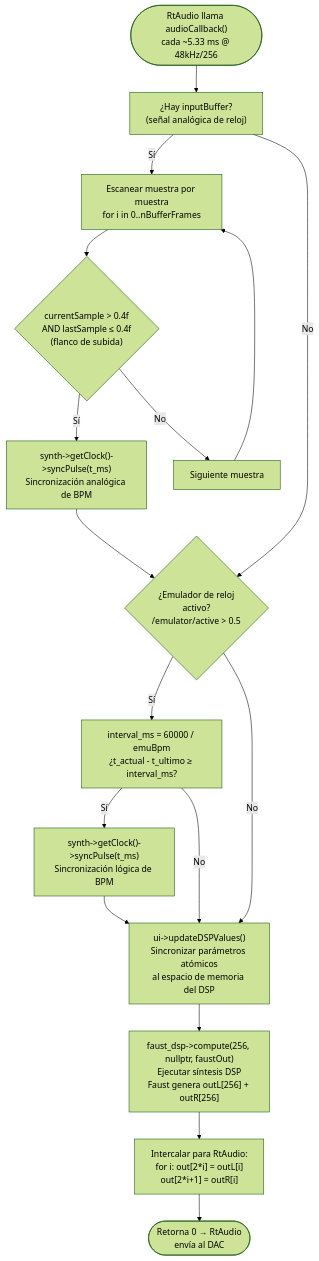
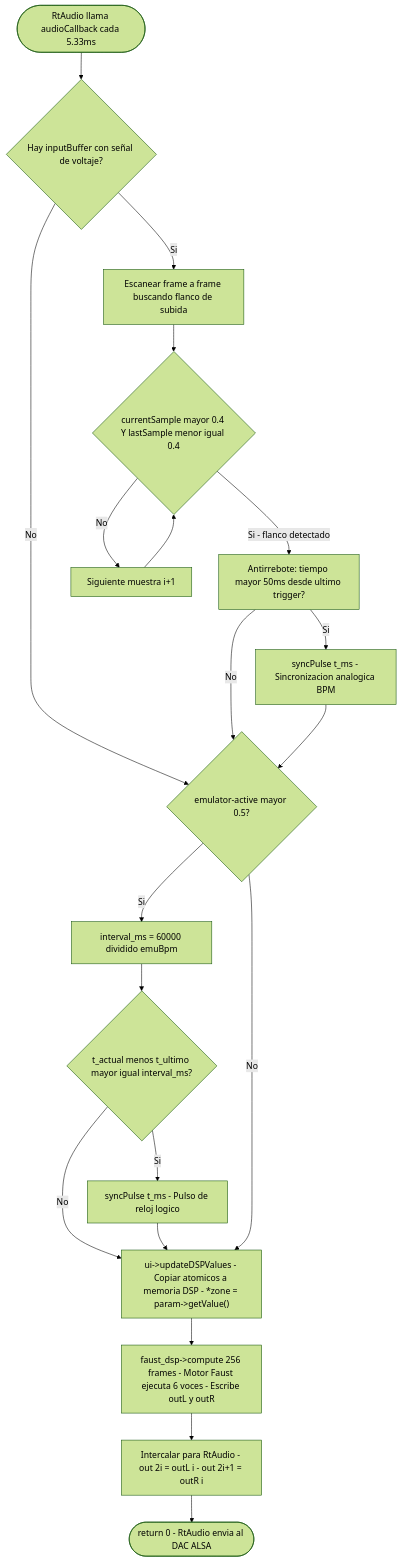
Before and after one commit to Zann181/sintetizador: the third of 12 diagrams in README.md, drawn with Mermaid (forest theme). The commit also changed other lines of this file, not shown here.

````diff
--- a/README.md
+++ b/README.md
@@ -192,29 +342,35 @@
 ```mermaid
 flowchart TD
-    START(["RtAudio llama audioCallback()\ncada ~5.33 ms @ 48kHz/256"]) --> A
+    CB_START(["RtAudio llama audioCallback cada 5.33ms"])
 
-    A["¿Hay inputBuffer?\n(señal analógica de reloj)"] -->|Sí| B
-    A -->|No| E
+    CB_START --> CLOCK_A
+    CLOCK_A{"Hay inputBuffer con señal de voltaje?"}
+    CLOCK_A -->|"Si"| SCAN["Escanear frame a frame buscando flanco de subida"]
+    CLOCK_A -->|"No"| EMU_CHECK
 
-    B["Escanear muestra por muestra\nfor i in 0..nBufferFrames"] --> C
-    C{"currentSample > 0.4f\nAND lastSample ≤ 0.4f\n(flanco de subida)"}
-    C -->|Sí| D["synth->getClock()->syncPulse(t_ms)\nSincronización analógica de BPM"]
-    C -->|No| B2["Siguiente muestra"]
-    D --> E
-    B2 --> B
+    SCAN --> EDGE{"currentSample mayor 0.4 Y lastSample menor igual 0.4"}
+    EDGE -->|"Si - flanco detectado"| ANTI["Antirrebote: tiempo mayor 50ms desde ultimo trigger?"]
+    EDGE -->|"No"| NEXT_SAMPLE["Siguiente muestra i+1"]
+    NEXT_SAMPLE --> EDGE
 
-    E{"¿Emulador de reloj\nactivo?\n/emulator/active > 0.5"}
-    E -->|Sí| F["interval_ms = 60000 / emuBpm\n¿t_actual - t_ultimo ≥ interval_ms?"]
-    F -->|Sí| G["synth->getClock()->syncPulse(t_ms)\nSincronización lógica de BPM"]
-    F -->|No| H
-    G --> H
-    E -->|No| H
+    ANTI -->|"Si"| SYNC_ANA["syncPulse t_ms - Sincronizacion analogica BPM"]
+    ANTI -->|"No"| EMU_CHECK
+    SYNC_ANA --> EMU_CHECK
 
-    H["ui->updateDSPValues()\nSincronizar parámetros atómicos\nal espacio de memoria del DSP"] --> I
+    EMU_CHECK{"emulator-active mayor 0.5?"}
+    EMU_CHECK -->|"Si"| EMU_CALC["interval_ms = 60000 dividido emuBpm"]
+    EMU_CALC --> EMU_FIRE{"t_actual menos t_ultimo mayor igual interval_ms?"}
+    EMU_FIRE -->|"Si"| SYNC_EMU["syncPulse t_ms - Pulso de reloj logico"]
+    EMU_FIRE -->|"No"| UPDATE_PARAMS
+    SYNC_EMU --> UPDATE_PARAMS
+    EMU_CHECK -->|"No"| UPDATE_PARAMS
 
-    I["faust_dsp->compute(256, nullptr, faustOut)\nEjecutar síntesis DSP\nFaust genera outL[256] + outR[256]"] --> J
+    UPDATE_PARAMS["ui->updateDSPValues - Copiar atomicos a memoria DSP - *zone = param->getValue()"]
+    UPDATE_PARAMS --> COMPUTE
 
-    J["Intercalar para RtAudio:\nfor i: out[2*i] = outL[i]\n       out[2*i+1] = outR[i]"] --> K
+    COMPUTE["faust_dsp->compute 256 frames - Motor Faust ejecuta 6 voces - Escribe outL y outR"]
+    COMPUTE --> INTERLEAVE
 
-    K(["Retorna 0 → RtAudio\nenvía al DAC"])
+    INTERLEAVE["Intercalar para RtAudio - out 2i = outL i - out 2i+1 = outR i"]
+    INTERLEAVE --> RETURN(["return 0 - RtAudio envia al DAC ALSA"])
 ```
````
